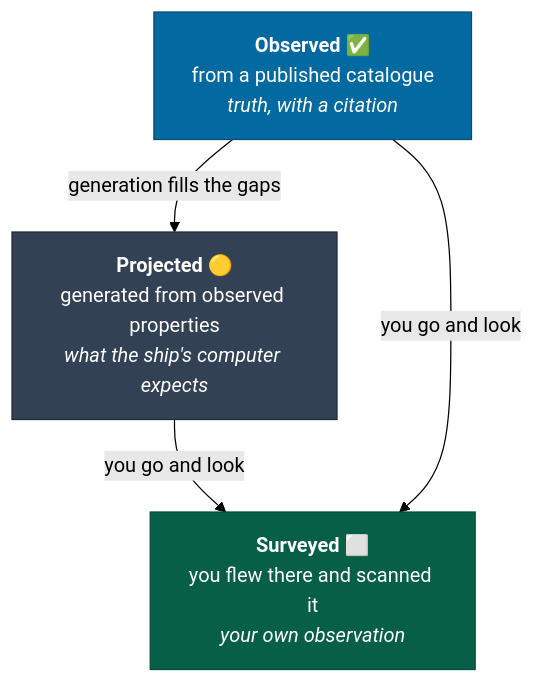
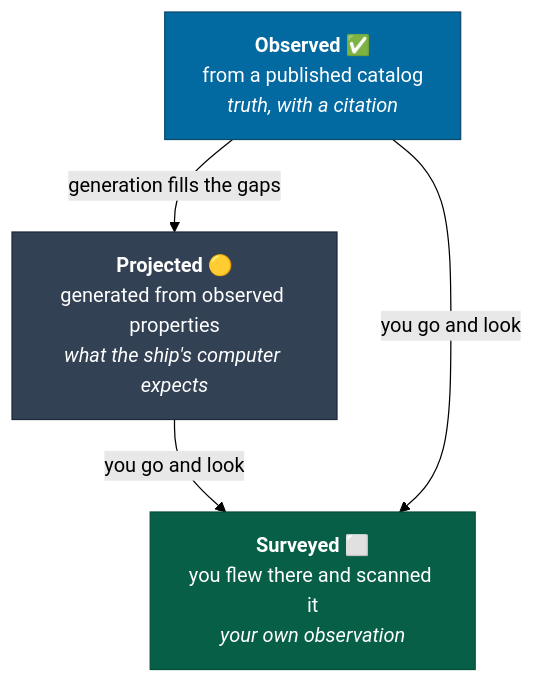
The first of 2 diagrams in docs/design/galaxy.md (jonjaques/inertialref), drawn with Mermaid (forest theme) before and after one commit. The commit also changed other lines of this file and 83 other files, not shown here.

````diff
--- a/docs/design/galaxy.md
+++ b/docs/design/galaxy.md
@@ -17,14 +17,14 @@
 ```mermaid
 flowchart TB
-    OBS["<b>Observed</b> ✅<br/>from a published catalogue<br/><i>truth, with a citation</i>"]
+    OBS["<b>Observed</b> ✅<br/>from a published catalog<br/><i>truth, with a citation</i>"]
     PRJ["<b>Projected</b> 🟡<br/>generated from observed properties<br/><i>what the ship's computer expects</i>"]
     SUR["<b>Surveyed</b> ⬜<br/>you flew there and scanned it<br/><i>your own observation</i>"]
 
     OBS -->|"generation fills the gaps"| PRJ
     PRJ -->|"you go and look"| SUR
     OBS -->|"you go and look"| SUR
 
     style OBS fill:#0369a1,stroke:#0c4a6e,color:#fff
     style PRJ fill:#334155,stroke:#1e293b,color:#fff
     style SUR fill:#065f46,stroke:#064e3b,color:#fff
 ```
````
